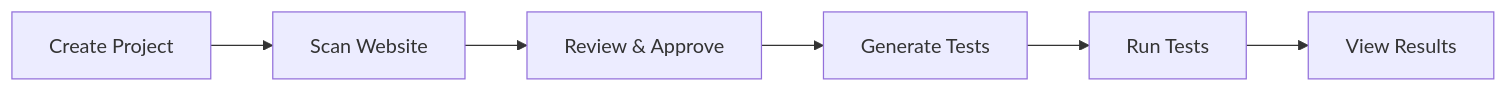
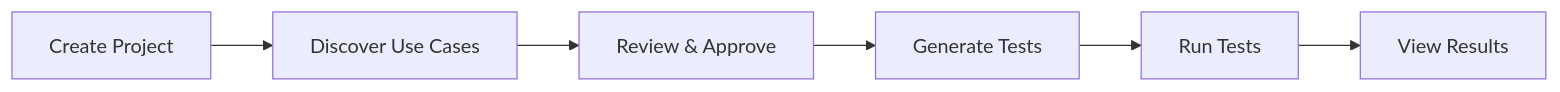
The diagram in getting-started/mcp-quickstart.md (multiplex-ai/muggle-ai-docs), drawn with Mermaid before and after one commit. The commit also changed other lines of this file and 3 other files, not shown here.

````diff
--- a/getting-started/mcp-quickstart.md
+++ b/getting-started/mcp-quickstart.md
@@ -79,8 +79,8 @@
 ```mermaid
 flowchart LR
-    A["Create Project"] --> B["Scan Website"]
+    A["Create Project"] --> B["Discover Use Cases"]
     B --> C["Review & Approve"]
     C --> D["Generate Tests"]
     D --> E["Run Tests"]
     E --> F["View Results"]
 ```
````
